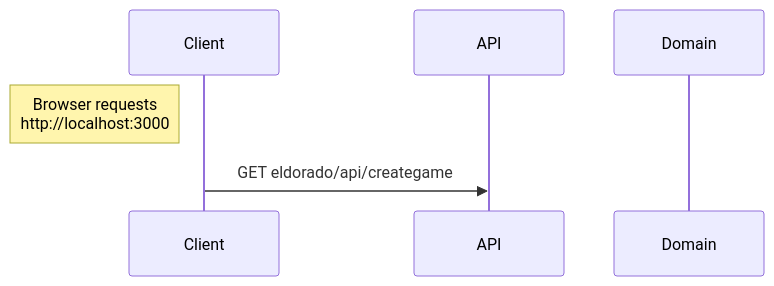
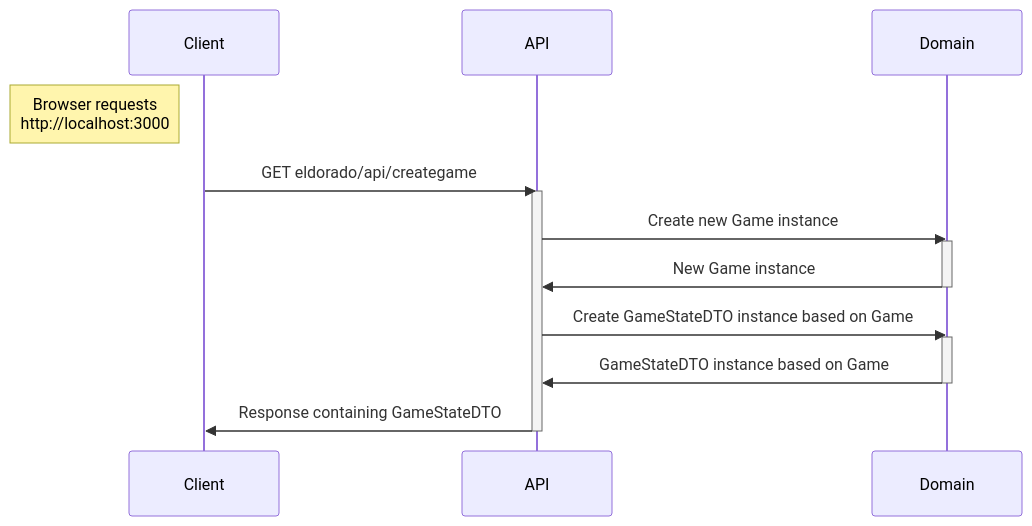
One commit to stijnlinderman/eldorado changed the first of 3 diagrams in ARCHITECTURE.md. Above: the diagram before and after it, drawn with Mermaid.

````diff
--- a/ARCHITECTURE.md
+++ b/ARCHITECTURE.md
@@ -4,8 +4,19 @@
 ```mermaid
 sequenceDiagram
     participant Client
     participant API
     participant Domain
     Note left of Client: Browser requests<br>http://localhost:3000
-    Client ->>API: GET eldorado/api/creategame
+    Client->>API: GET eldorado/api/creategame
+    activate API
+    API->>Domain: Create new Game instance
+    activate Domain
+    Domain->>API: New Game instance
+    deactivate Domain
+    API->>Domain: Create GameStateDTO instance based on Game
+    activate Domain
+    Domain->>API: GameStateDTO instance based on Game
+    deactivate Domain
+    API->>Client: Response containing GameStateDTO
+    deactivate API
 ```
````
